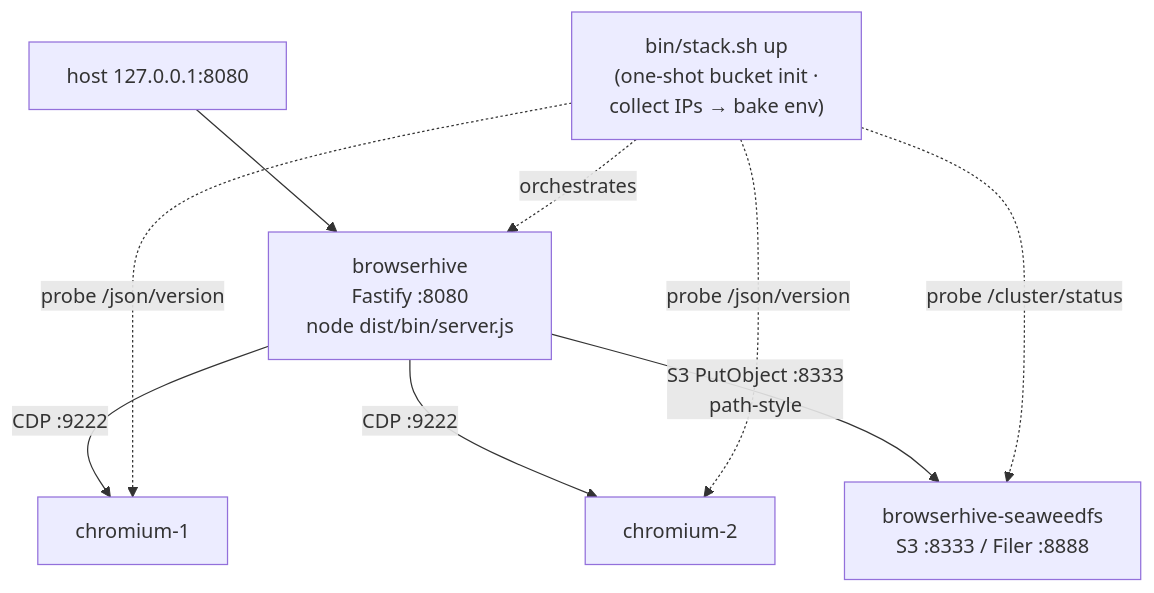
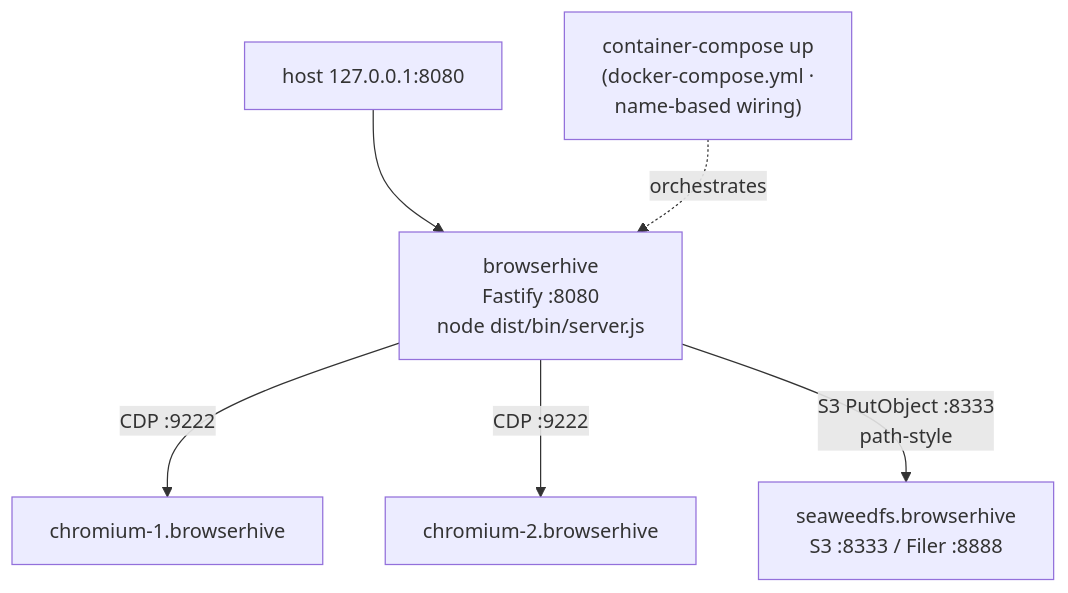
Before and after one commit to uraitakahito/browserhive: the seventh of 7 diagrams in docs-site/src/content/docs/architecture.mdx, drawn with Mermaid. The commit also changed other lines of this file and 9 other files, not shown here.

First line of the commit message:
docs: container-compose stack — DNS names, profiles, readiness

````diff
--- a/docs-site/src/content/docs/architecture.mdx
+++ b/docs-site/src/content/docs/architecture.mdx
@@ -370,11 +371,8 @@
 ```mermaid
 flowchart TD
   HOST["host 127.0.0.1:8080"] --> BH["browserhive<br>Fastify :8080<br>node dist/bin/server.js"]
-  BH -->|"CDP :9222"| C1["chromium-1"]
-  BH -->|"CDP :9222"| C2["chromium-2"]
-  BH -->|"S3 PutObject :8333<br>path-style"| SW["browserhive-seaweedfs<br>S3 :8333 / Filer :8888"]
-  UP["bin/stack.sh up<br>(one-shot bucket init ·<br>collect IPs → bake env)"] -.->|orchestrates| BH
-  UP -.->|probe /cluster/status| SW
-  UP -.->|probe /json/version| C1
-  UP -.->|probe /json/version| C2
+  BH -->|"CDP :9222"| C1["chromium-1.browserhive"]
+  BH -->|"CDP :9222"| C2["chromium-2.browserhive"]
+  BH -->|"S3 PutObject :8333<br>path-style"| SW["seaweedfs.browserhive<br>S3 :8333 / Filer :8888"]
+  UP["container-compose up<br>(docker-compose.yml ·<br>name-based wiring)"] -.->|orchestrates| BH
 ```
````
